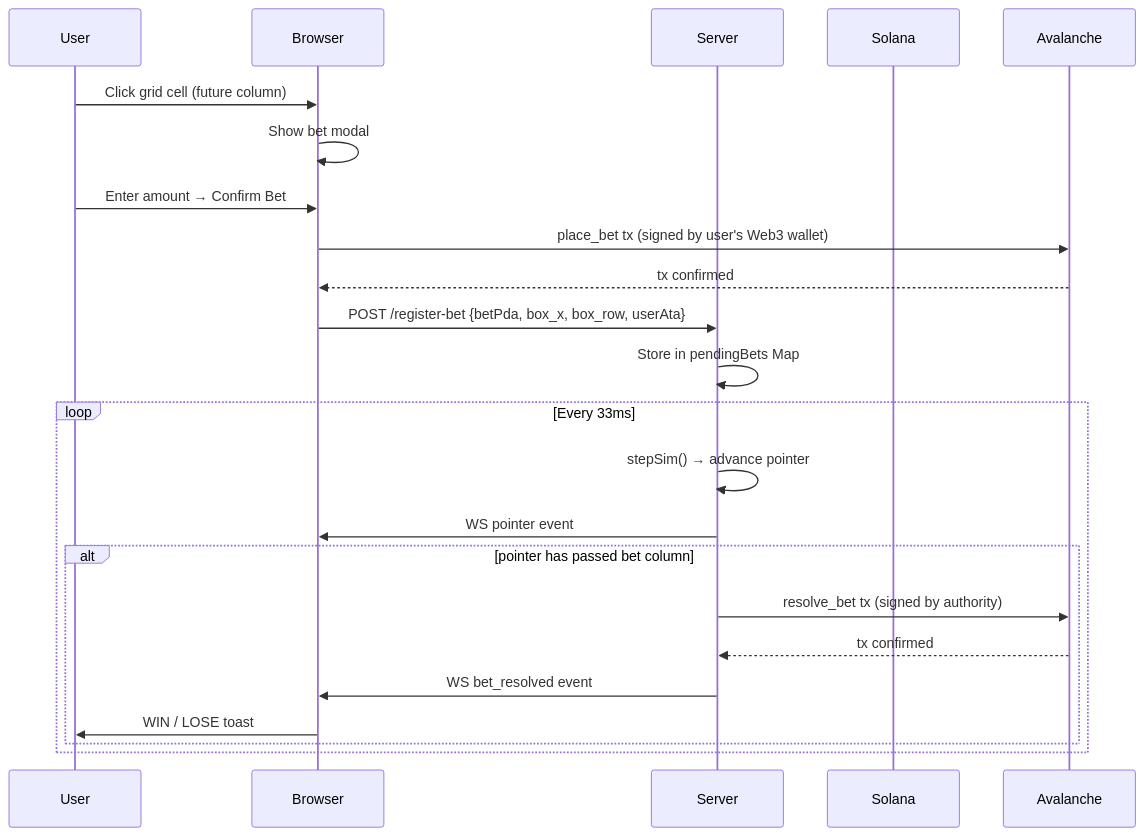
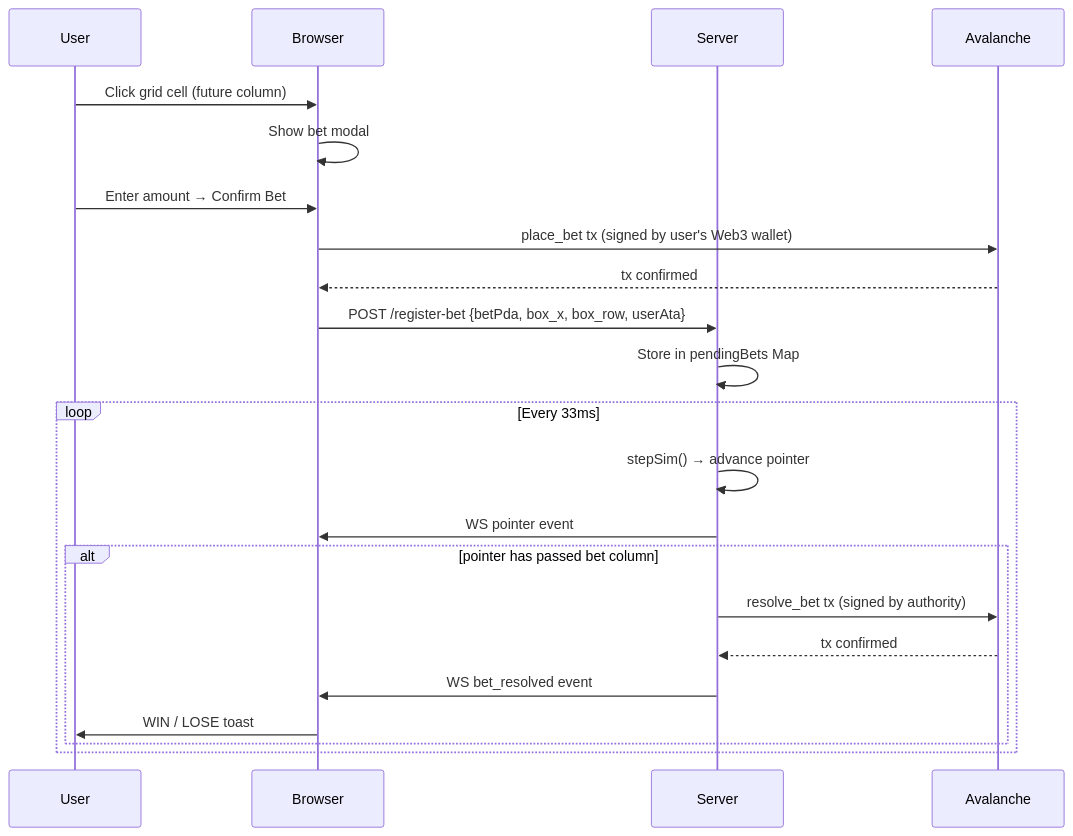
The second of 3 diagrams in docs/architecture.md (manovHacksaw/spermdotfun), drawn with Mermaid before and after one commit. The commit also changed other lines of this file and 11 other files, not shown here.

````diff
--- a/docs/architecture.md
+++ b/docs/architecture.md
@@ -93,26 +93,26 @@
 ```mermaid
 sequenceDiagram
     participant User
     participant Browser
     participant Server
-    participant Solana
+    participant Avalanche
 
     User->>Browser: Click grid cell (future column)
     Browser->>Browser: Show bet modal
     User->>Browser: Enter amount → Confirm Bet
     Browser->>Avalanche: place_bet tx (signed by user's Web3 wallet)
     Avalanche-->>Browser: tx confirmed
     Browser->>Server: POST /register-bet {betPda, box_x, box_row, userAta}
     Server->>Server: Store in pendingBets Map
 
     loop Every 33ms
         Server->>Server: stepSim() → advance pointer
         Server->>Browser: WS pointer event
         alt pointer has passed bet column
             Server->>Avalanche: resolve_bet tx (signed by authority)
             Avalanche-->>Server: tx confirmed
             Server->>Browser: WS bet_resolved event
             Browser->>User: WIN / LOSE toast
         end
     end
 ```
````
